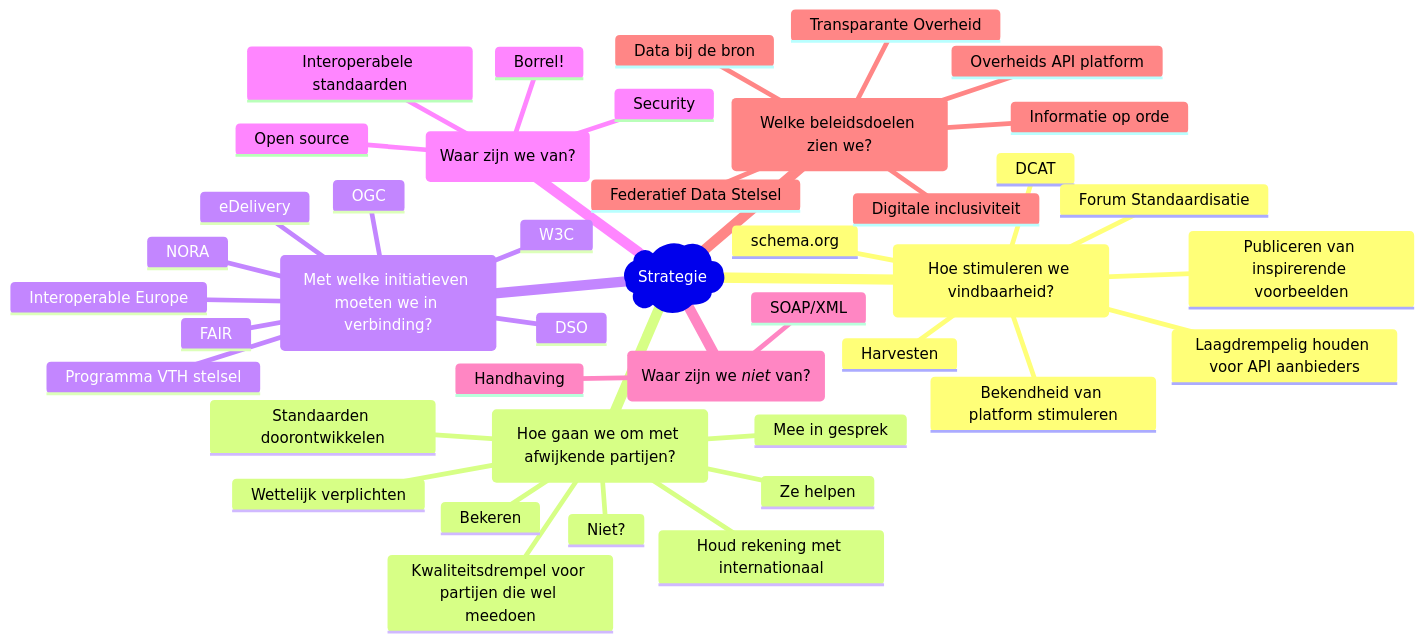
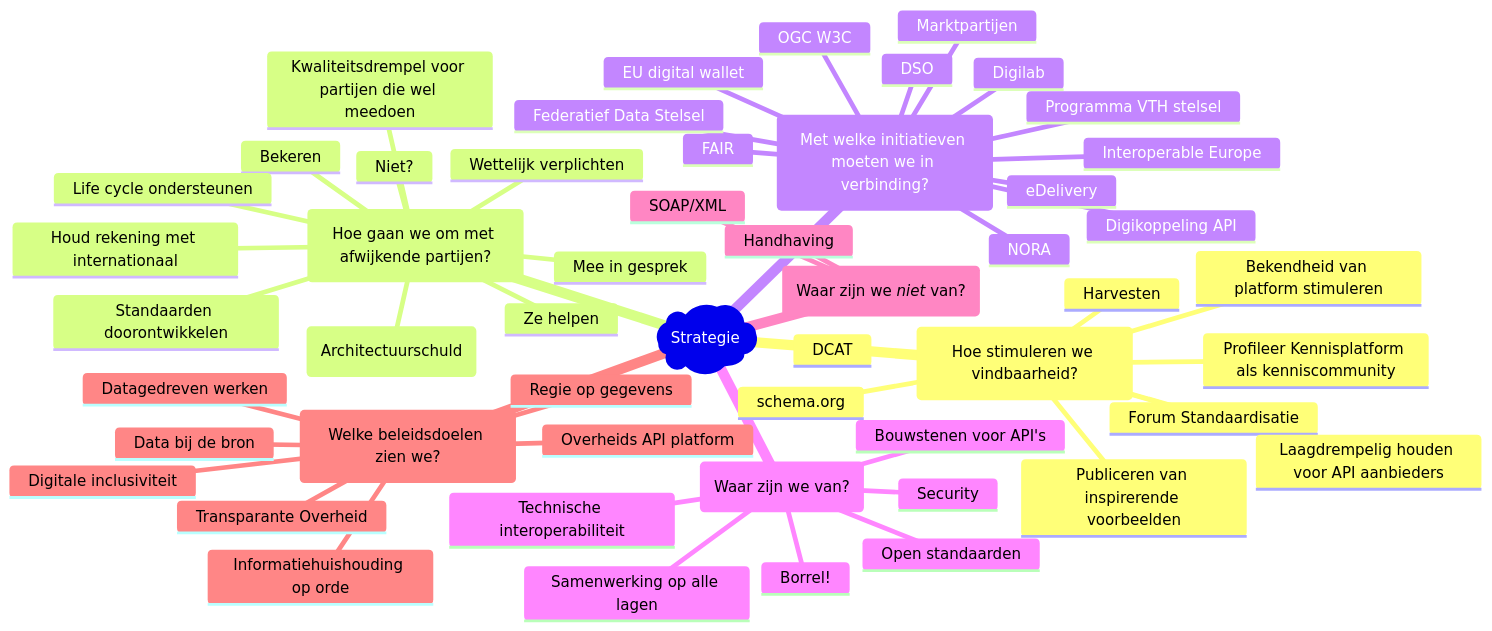
The diagram in overleggen/Werkgroep API strategie en beleid/Gebruikerswensen/mindmap.md (Geonovum/KP-APIs), drawn with Mermaid before and after one commit.

Commit message:
Update mindmap.md
Aanpassingen in werkgroep 23-5-2023

````diff
--- a/overleggen/Werkgroep API strategie en beleid/Gebruikerswensen/mindmap.md
+++ b/overleggen/Werkgroep API strategie en beleid/Gebruikerswensen/mindmap.md
@@ -4,45 +4,55 @@
 ```mermaid
 mindmap
   root)Strategie(
     (Hoe stimuleren we vindbaarheid?)
       Bekendheid van platform stimuleren
       DCAT
       Forum Standaardisatie
       Harvesten
       Laagdrempelig houden voor API aanbieders
+      Profileer Kennisplatform als kenniscommunity
       Publiceren van inspirerende voorbeelden
       schema.org
     (Hoe gaan we om met afwijkende partijen?)
       Bekeren
       Houd rekening met internationaal
       Kwaliteitsdrempel voor partijen die wel meedoen
+      Life cycle ondersteunen
       Mee in gesprek
       Niet?
       Standaarden doorontwikkelen
+      Transitie ondersteunen (Architectuurschuld)
       Wettelijk verplichten
       Ze helpen
     (Met welke initiatieven moeten we in verbinding?)
       DSO
+      Digilab
+      Digikoppeling API
       eDelivery
+      EU digital wallet
       FAIR
+      Federatief Data Stelsel
       Interoperable Europe
+      Marktpartijen
       NORA
-      OGC
+      OGC W3C
       Programma VTH stelsel
-      W3C
     (Waar zijn we van?)
       Borrel!
-      Interoperabele standaarden
-      Open source
+      Bouwstenen voor API's
+      Open standaarden
+      Technische interoperabiliteit
+      Samenwerking op alle lagen
       Security
     (Waar zijn we *niet* van?)
       SOAP/XML
       Handhaving
     (Welke beleidsdoelen zien we?)
       Data bij de bron
+      Datagedreven werken
       Digitale inclusiviteit
-      Federatief Data Stelsel
-      Informatie op orde
+      Informatiehuishouding op orde
       Overheids API platform
+      Regie op gegevens
       Transparante Overheid
 ```
````
